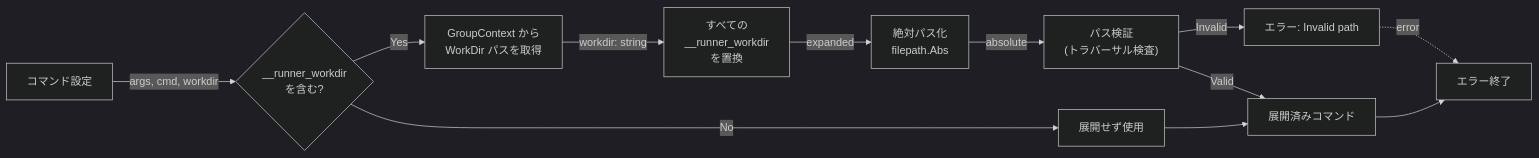
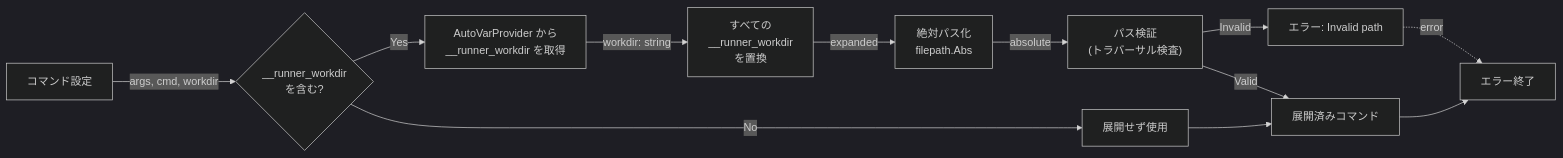
One commit to isseis/go-safe-cmd-runner changed the fifth of 11 diagrams in docs/tasks/0034_workdir_redesign/02_architecture.md. Above: the diagram before and after it, drawn with Mermaid (dark theme). The commit also changed other lines of this file, not shown here.

First line of the commit message:
Refactor workdir design docs to use AutoVarProvider for __runner_workdir

````diff
--- a/docs/tasks/0034_workdir_redesign/02_architecture.md
+++ b/docs/tasks/0034_workdir_redesign/02_architecture.md
@@ -267,21 +267,21 @@
 ```mermaid
 flowchart LR
     Input["コマンド設定"]
     Input -->|args, cmd, workdir| HasVariable{"__runner_workdir<br/>を含む?"}
 
-    HasVariable -->|Yes| GetWorkDirPath["GroupContext から<br/>WorkDir パスを取得"]
+    HasVariable -->|Yes| GetWorkDirPath["AutoVarProvider から<br/>__runner_workdir を取得"]
     HasVariable -->|No| NoExpansion["展開せず使用"]
 
     GetWorkDirPath -->|workdir: string| ReplaceVariable["すべての<br/>__runner_workdir<br/>を置換"]
 
     ReplaceVariable -->|expanded| ResolveAbsPath["絶対パス化<br/>filepath.Abs"]
 
     ResolveAbsPath -->|absolute| ValidatePath["パス検証<br/>(トラバーサル検査)"]
 
     ValidatePath -->|Valid| Output["展開済みコマンド"]
     ValidatePath -->|Invalid| Error["エラー: Invalid path"]
 
     NoExpansion --> Output
     Error -.->|error| End["エラー終了"]
     Output --> End
 ```
````
